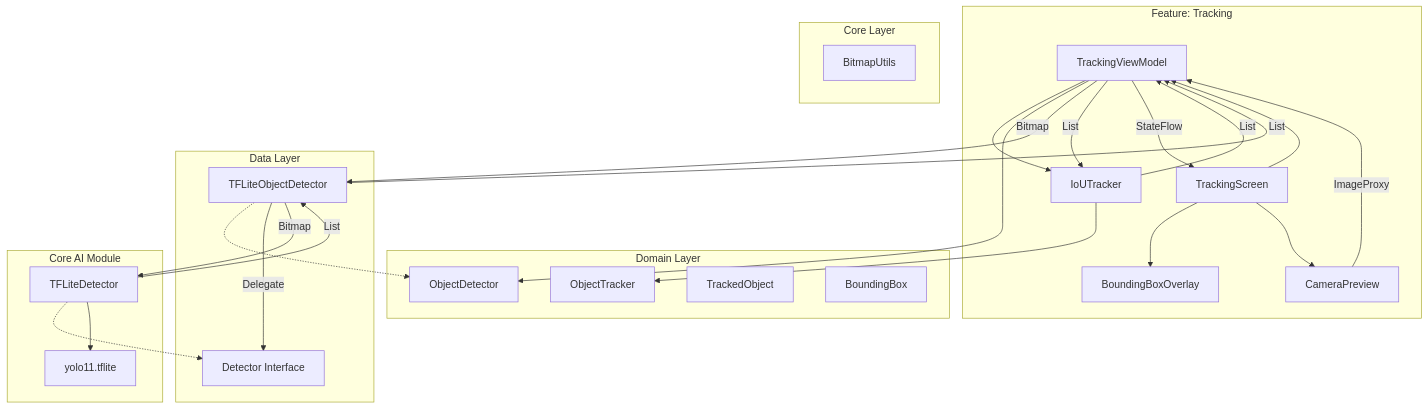
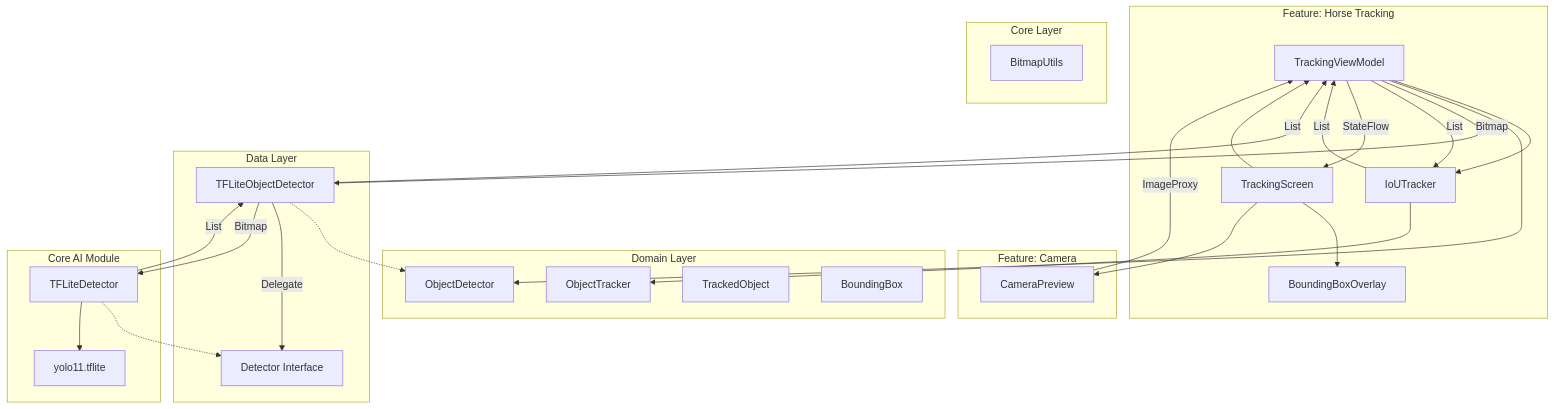
Before and after one commit to camai/AnimalTracking: the diagram in README.md, drawn with Mermaid. The commit also changed other lines of this file and 20 other files, not shown here.

````diff
--- a/README.md
+++ b/README.md
@@ -9,40 +9,44 @@
 ```mermaid
 graph TD
-    subgraph Feature [Feature: Tracking]
+    subgraph FeatureHorseTracking [Feature: Horse Tracking]
         ViewModel[TrackingViewModel] --> UseCase[IoUTracker]
         Screen[TrackingScreen] --> ViewModel
         Screen --> Overlay[BoundingBoxOverlay]
-        Screen --> Camera[CameraPreview]
+    end
+
+    subgraph FeatureCamera [Feature: Camera]
+        Camera[CameraPreview]
     end
  
     subgraph Domain [Domain Layer]
         UseCase --> TrackerInterface[ObjectTracker]
         ViewModel --> DetectorInterface[ObjectDetector]
         Entity[TrackedObject]
         EntityBox[BoundingBox]
     end
  
     subgraph Data [Data Layer]
         DetectorImpl[TFLiteObjectDetector] -.-> DetectorInterface
         DetectorImpl -- Delegate --> AiLib[AI Library]
     end
     
     subgraph AI [Core AI Module]
         AiLib[Detector Interface]
         AiCore[TFLiteDetector] -.-> AiLib
         AiCore --> Assets[yolo11.tflite]
     end
  
     subgraph Core [Core Layer]
         Utils[BitmapUtils]
     end
  
+    Screen --> Camera
     Camera -- ImageProxy --> ViewModel
     ViewModel -- Bitmap --> DetectorImpl
     DetectorImpl -- Bitmap --> AiCore
     AiCore -- List<DetectionBox> --> DetectorImpl
     DetectorImpl -- List<BoundingBox> --> ViewModel
     ViewModel -- List<BoundingBox> --> UseCase
     UseCase -- List<TrackedObject> --> ViewModel
     ViewModel -- StateFlow --> Screen
 ```
````
